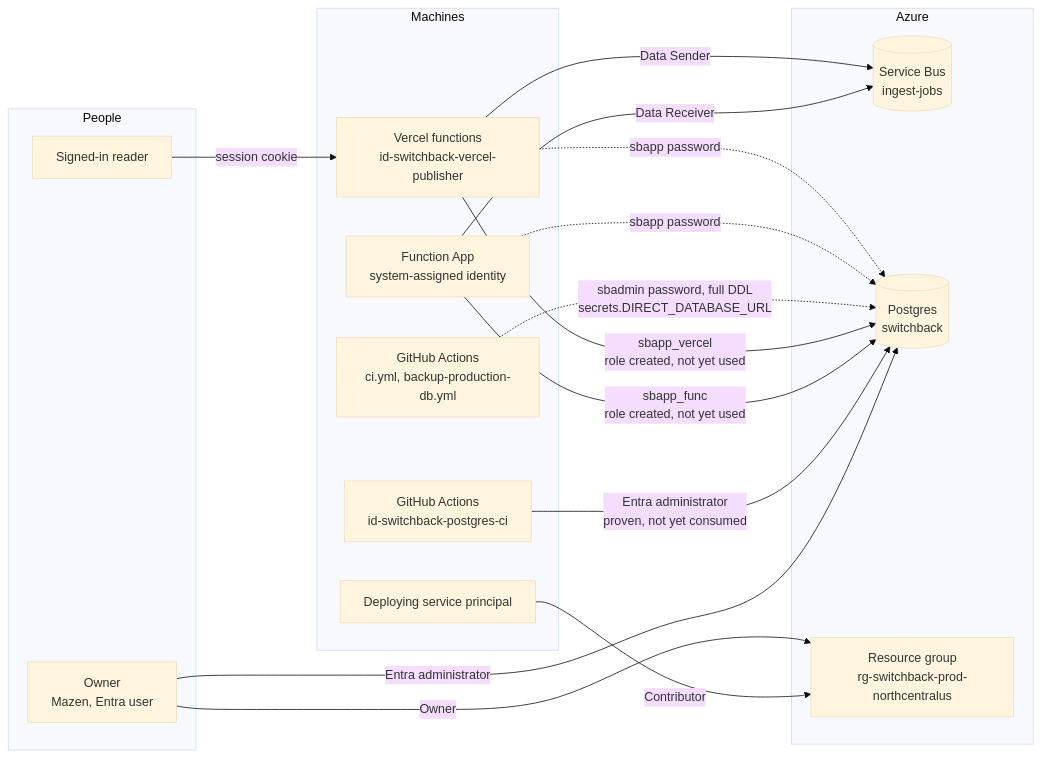
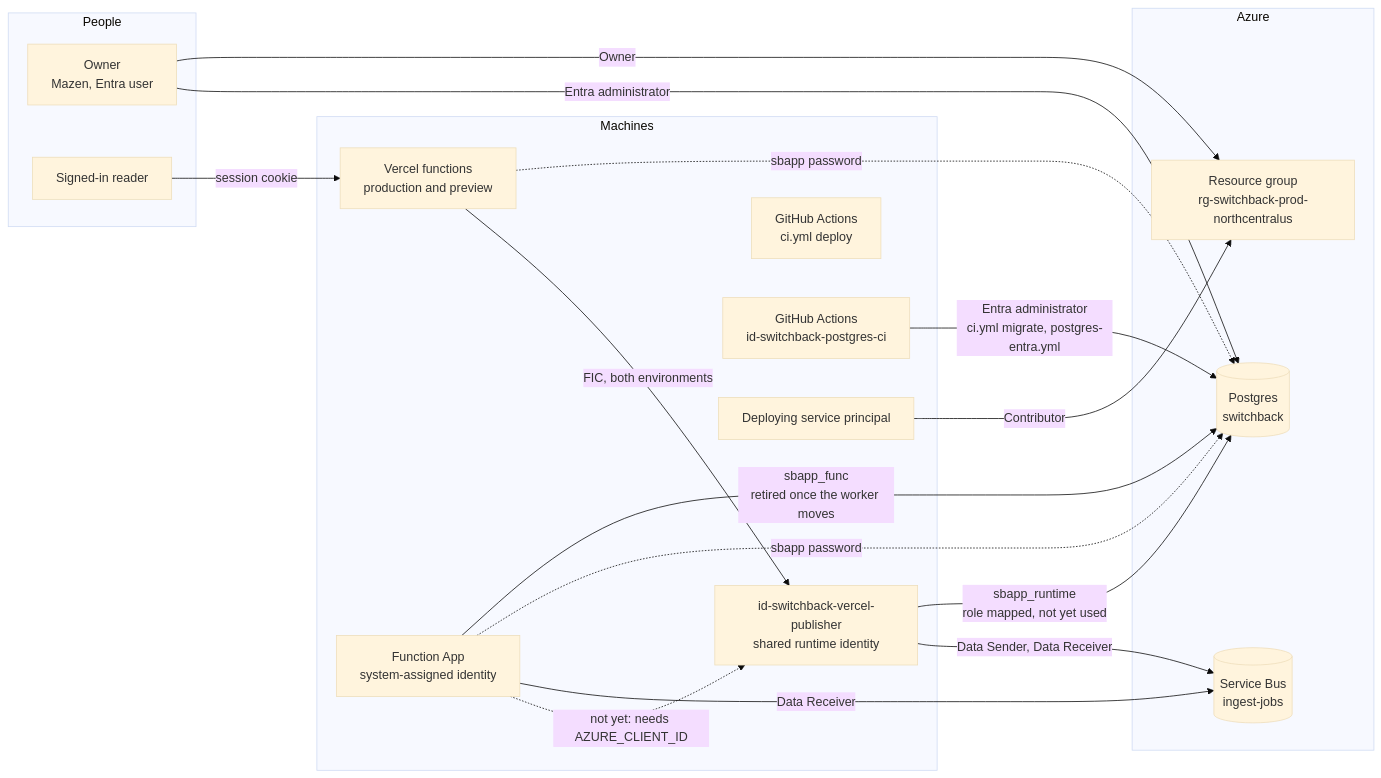
The seventh of 10 diagrams in docs/architecture.md (mbahgatTech/switchback), drawn with Mermaid (base theme) before and after one commit. The commit also changed other lines of this file and 22 other files, not shown here.

````diff
--- a/docs/architecture.md
+++ b/docs/architecture.md
@@ -216,32 +216,34 @@
 ```mermaid
 graph LR
   subgraph People
     OWNER[Owner<br/>Mazen, Entra user]
     READER[Signed-in reader]
   end
   subgraph Machines
-    VERCEL[Vercel functions<br/>id-switchback-vercel-publisher]
+    VERCEL[Vercel functions<br/>production and preview]
     FUNC[Function App<br/>system-assigned identity]
-    GHA[GitHub Actions<br/>ci.yml, backup-production-db.yml]
+    RUNTIME[id-switchback-vercel-publisher<br/>shared runtime identity]
+    GHA[GitHub Actions<br/>ci.yml deploy]
     CI[GitHub Actions<br/>id-switchback-postgres-ci]
     SP[Deploying service principal]
   end
   subgraph Azure
     SB[(Service Bus<br/>ingest-jobs)]
     PG[(Postgres<br/>switchback)]
     RG[Resource group<br/>rg-switchback-prod-northcentralus]
   end
 
-  VERCEL -->|Data Sender| SB
+  VERCEL -->|FIC, both environments| RUNTIME
+  FUNC -.->|not yet: needs AZURE_CLIENT_ID| RUNTIME
+  RUNTIME -->|Data Sender, Data Receiver| SB
   FUNC -->|Data Receiver| SB
   VERCEL -.->|sbapp password| PG
   FUNC -.->|sbapp password| PG
-  GHA -.->|sbadmin password, full DDL<br/>secrets.DIRECT_DATABASE_URL| PG
-  VERCEL -->|sbapp_vercel<br/>role created, not yet used| PG
-  FUNC -->|sbapp_func<br/>role created, not yet used| PG
-  CI -->|Entra administrator<br/>proven, not yet consumed| PG
+  RUNTIME -->|sbapp_runtime<br/>role mapped, not yet used| PG
+  FUNC -->|sbapp_func<br/>retired once the worker moves| PG
+  CI -->|Entra administrator<br/>ci.yml migrate, postgres-entra.yml| PG
   OWNER -->|Entra administrator| PG
   OWNER -->|Owner| RG
   SP -->|Contributor| RG
   READER -->|session cookie| VERCEL
 ```
````
